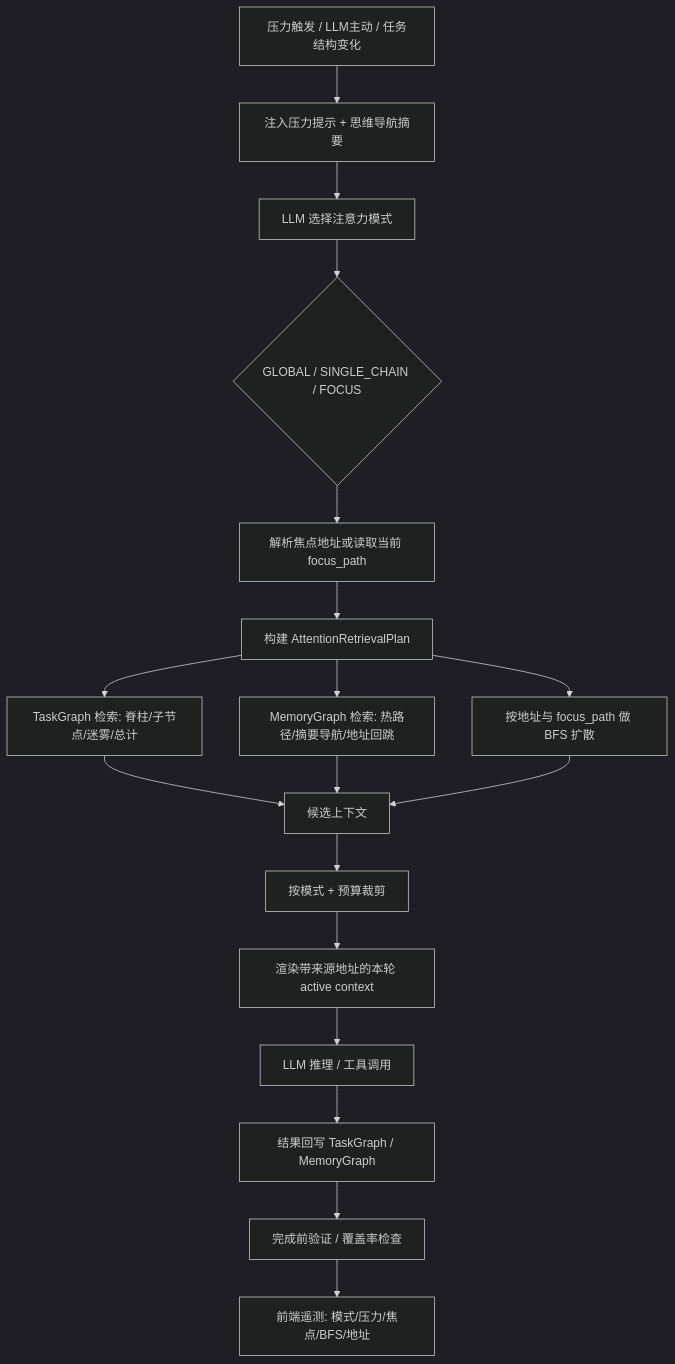
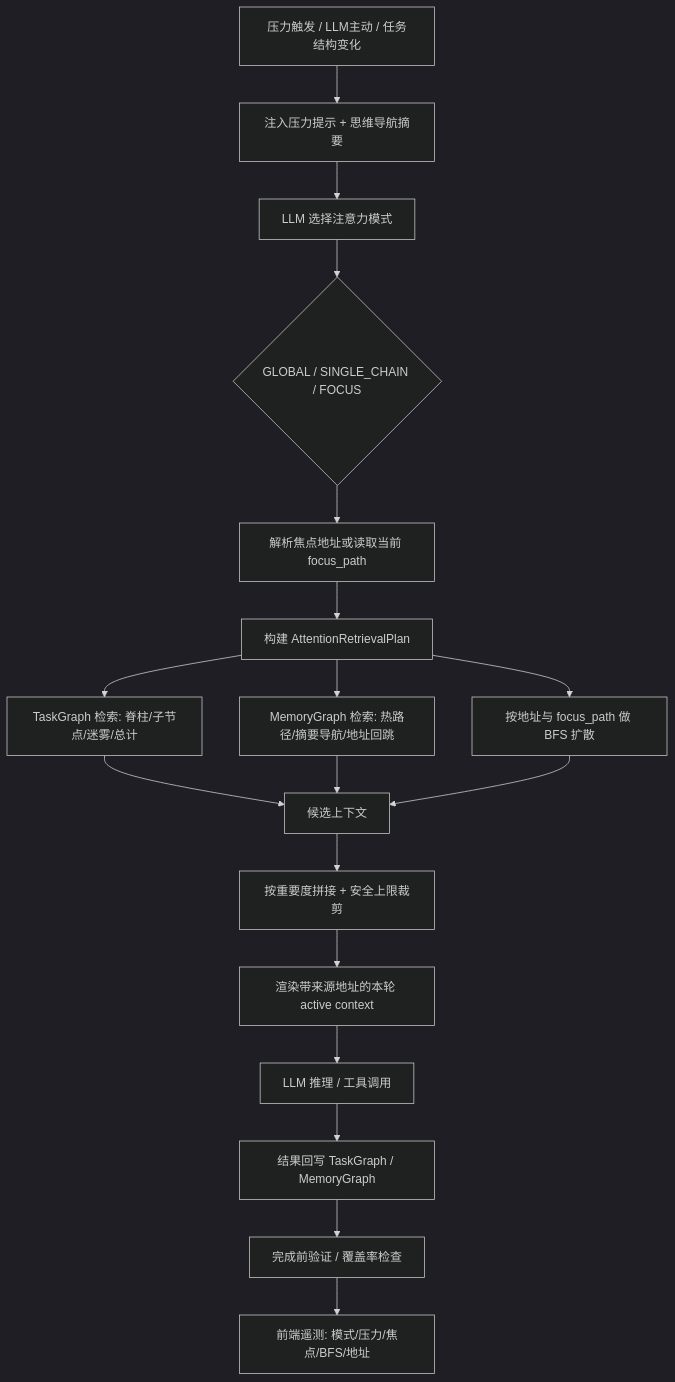
One commit to beautistart/zulong changed the diagram in docs/动态注意力上下文检索与重组方案.md. Above: the diagram before and after it, drawn with Mermaid (dark theme). The commit also changed other lines of this file, not shown here.

````diff
--- a/docs/动态注意力上下文检索与重组方案.md
+++ b/docs/动态注意力上下文检索与重组方案.md
@@ -78,20 +80,20 @@
 ```mermaid
 flowchart TD
     A["压力触发 / LLM主动 / 任务结构变化"] --> B["注入压力提示 + 思维导航摘要"]
     B --> C["LLM 选择注意力模式"]
     C --> D{"GLOBAL / SINGLE_CHAIN / FOCUS"}
     D --> E["解析焦点地址或读取当前 focus_path"]
     E --> F["构建 AttentionRetrievalPlan"]
     F --> G["TaskGraph 检索: 脊柱/子节点/迷雾/总计"]
     F --> H["MemoryGraph 检索: 热路径/摘要导航/地址回跳"]
     F --> I["按地址与 focus_path 做 BFS 扩散"]
     G --> J["候选上下文"]
     H --> J
     I --> J
-    J --> K["按模式 + 预算裁剪"]
+    J --> K["按重要度拼接 + 安全上限裁剪"]
     K --> L["渲染带来源地址的本轮 active context"]
     L --> M["LLM 推理 / 工具调用"]
     M --> N["结果回写 TaskGraph / MemoryGraph"]
     N --> O["完成前验证 / 覆盖率检查"]
     O --> P["前端遥测: 模式/压力/焦点/BFS/地址"]
 ```
````
